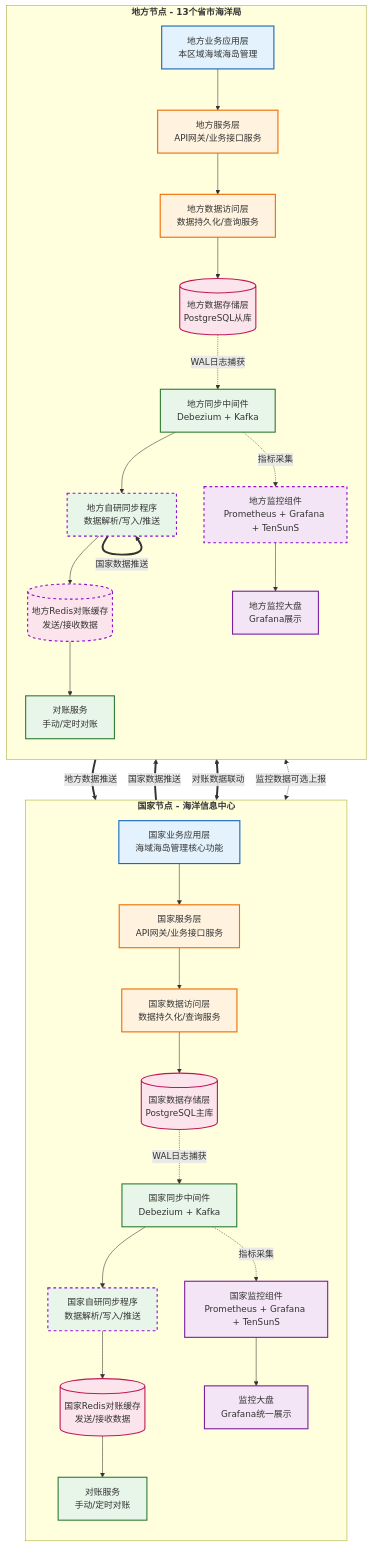
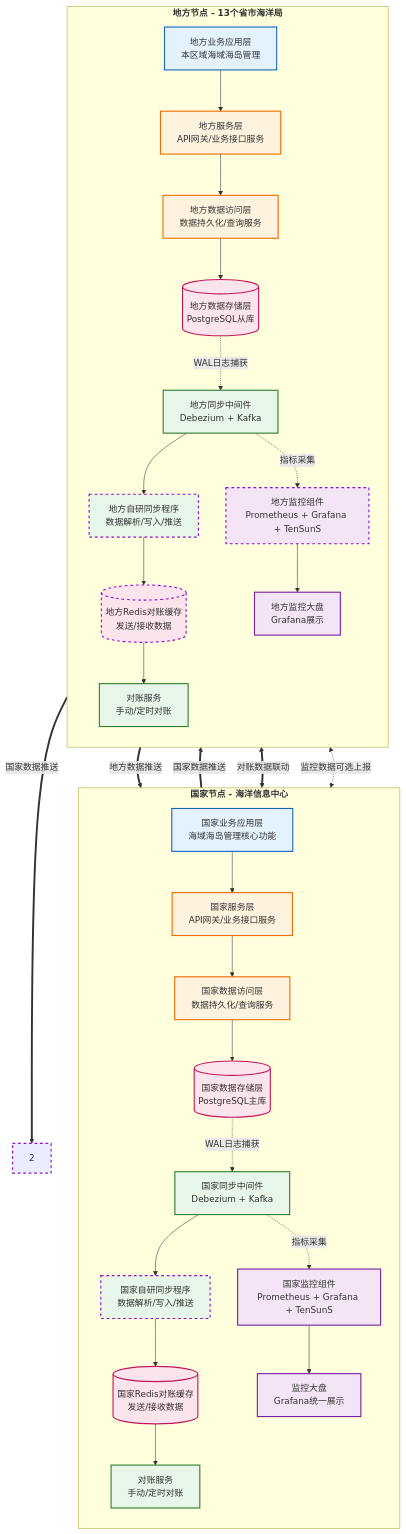
The diagram in all/未命名-1.md (MyJohn2/iodraw-files), drawn with Mermaid before and after one commit.

Commit message:
2026-03-04 13:40:25 update

````diff
--- a/all/未命名-1.md
+++ b/all/未命名-1.md
@@ -1,67 +1,67 @@
 ```mermaid
 flowchart TD
     %% 定义样式
     classDef app fill:#e3f2fd,stroke:#1565c0,stroke-width:2px;
     classDef service fill:#fff3e0,stroke:#ef6c00,stroke-width:2px;
     classDef data fill:#fce4ec,stroke:#c2185b,stroke-width:2px;
     classDef sync fill:#e8f5e9,stroke:#2e7d32,stroke-width:2px;
     classDef monitor fill:#f3e5f5,stroke:#7b1fa2,stroke-width:2px;
     classDef linkLine stroke:#950DCD,stroke-width:2px,stroke-dasharray: 5 5;
 
     %% 国家节点 - 修复了标题括号问题
     subgraph NationNode [<B>国家节点 - 海洋信息中心]
         direction TB
         A1[国家业务应用层<br/>海域海岛管理核心功能]:::app
         B1[国家服务层<br/>API网关/业务接口服务]:::service
         C1[国家数据访问层<br/>数据持久化/查询服务]:::service
         D1[(国家数据存储层<br/>PostgreSQL主库)]:::data
         E1[国家同步中间件<br/>Debezium + Kafka]:::sync
         F1[国家自研同步程序<br/>数据解析/写入/推送]:::sync
         G1[(国家Redis对账缓存<br/>发送/接收数据)]:::data
         H1[国家监控组件<br/>Prometheus + Grafana + TenSunS]:::monitor
         I1[对账服务<br/>手动/定时对账]:::sync
         J1[监控大盘<br/>Grafana统一展示]:::monitor
 
         A1 --> B1
         B1 --> C1
         C1 --> D1
         D1 -.->|WAL日志捕获 | E1
         E1 --> F1
         F1 --> G1
         E1 -.->|指标采集 | H1
         G1 --> I1
         H1 --> J1
     end
     
     %% 地方节点 - 修复了标题括号问题
     subgraph LocalNode [<B>地方节点 - 13个省市海洋局]
         direction TB
         A2[地方业务应用层<br/>本区域海域海岛管理]:::app
         B2[地方服务层<br/>API网关/业务接口服务]:::service
         C2[地方数据访问层<br/>数据持久化/查询服务]:::service
         D2[(地方数据存储层<br/>PostgreSQL从库)]:::data
         E2[地方同步中间件<br/>Debezium + Kafka]:::sync
         F2[地方自研同步程序<br/>数据解析/写入/推送]:::sync
         G2[(地方Redis对账缓存<br/>发送/接收数据)]:::data
         H2[地方监控组件<br/>Prometheus + Grafana + TenSunS]:::monitor
         I2[对账服务<br/>手动/定时对账]:::sync
         J2[地方监控大盘<br/>Grafana展示]:::monitor
 
         A2 --> B2
         B2 --> C2
         C2 --> D2
         D2 -.->|WAL日志捕获 | E2
         E2 --> F2
         F2 --> G2
         E2 -.->|指标采集 | H2
         G2 --> I2
         H2 --> J2
     end
     
     %% 跨节点交互
     E2 ==>|地方数据推送 | F1:::linkLine
     E1 ==>|国家数据推送 | F2:::linkLine
     G1 <==>|对账数据联动 | G2:::linkLine
     H1 <-.->|监控数据可选上报 | H2:::linkLine
-    F2 ==>|国家数据推送 | F2:::linkLine
+    F2 ==>|国家数据推送 | 2:::linkLine
 ```
````
